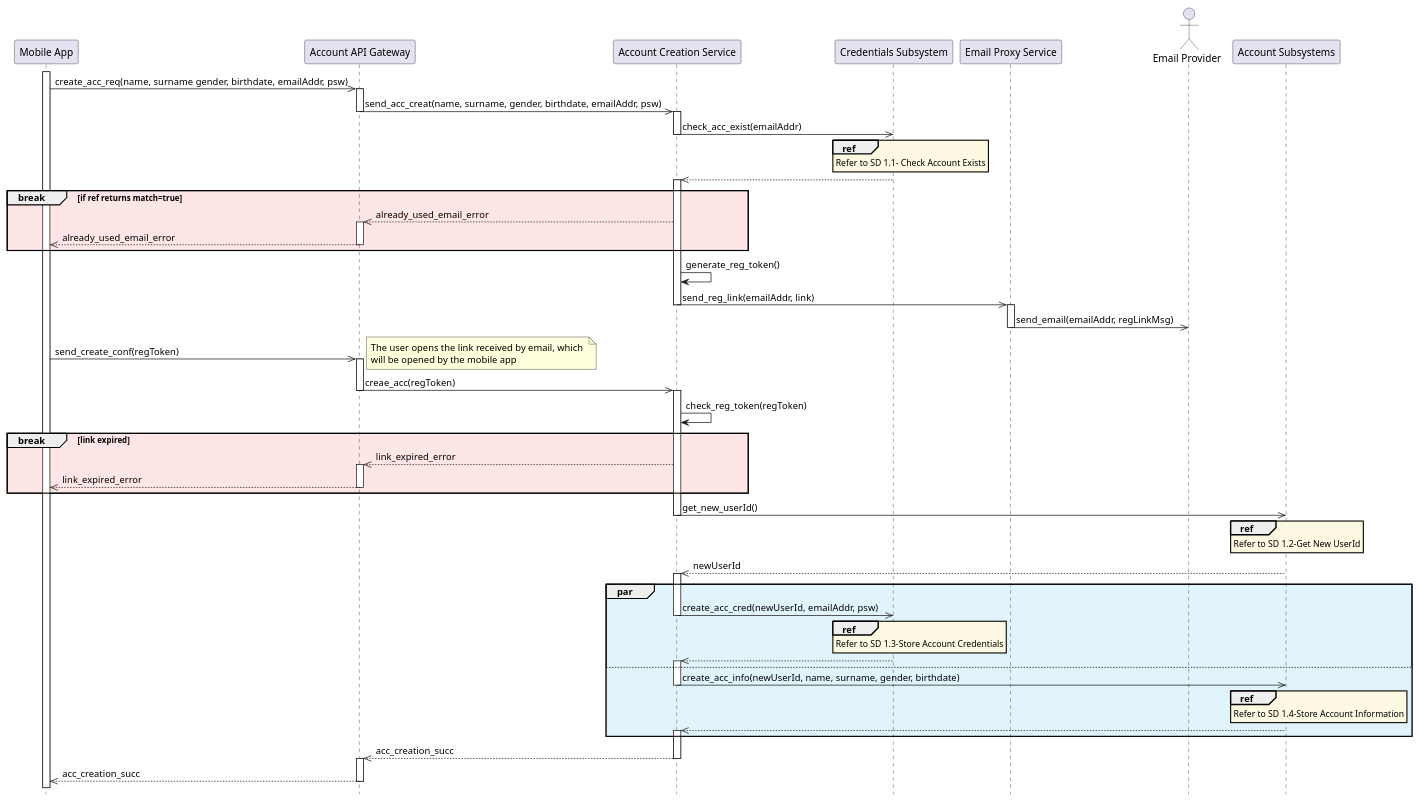
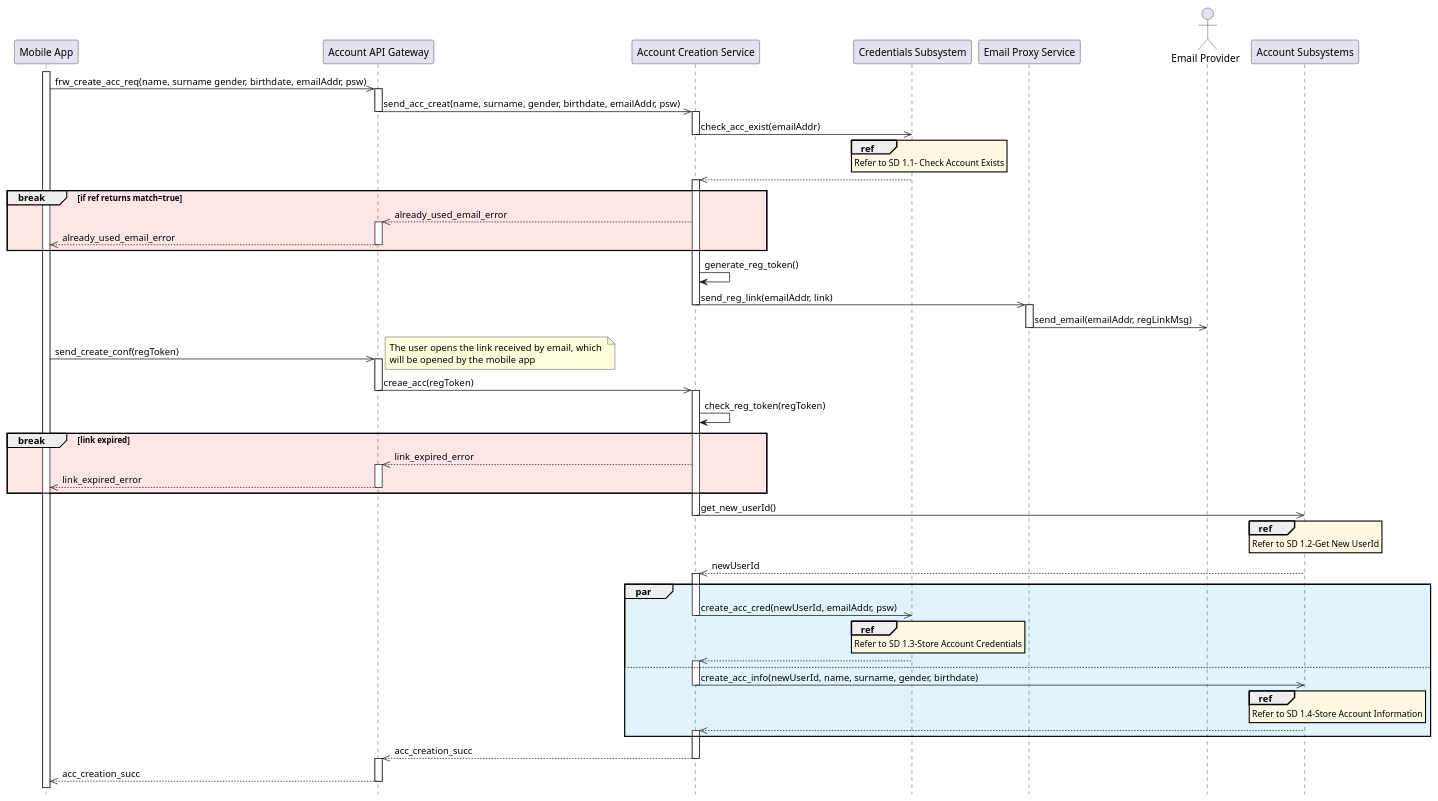
One commit to Guflie/PoliMi-SWE2-RDD-project changed the diagram in diagrams/DD/sequenceDiagram/sd1_account_creation.puml. Above: the diagram before and after it, drawn with PlantUML. The commit also changed 21 other files, not shown here.

```diff
--- a/diagrams/DD/sequenceDiagram/sd1_account_creation.puml
+++ b/diagrams/DD/sequenceDiagram/sd1_account_creation.puml
@@ -1,86 +1,86 @@
 @startuml sd1_account_creation
 ' Refers to UC1
 hide footbox
 
 skinparam sequence {
     ReferenceBackgroundColor #fcf8e1
 }
 
 participant "Mobile App" as app
 participant "Account API Gateway" as aapi
 participant "Account Creation Service" as acs
 participant "Credentials Subsystem" as css
 participant "Email Proxy Service" as emailp
 actor "Email Provider" as email
 participant "Account Subsystems" as ass
 
 activate app
 
-app ->> aapi : create_acc_req(name, surname gender, birthdate, emailAddr, psw)
+app ->> aapi : frw_create_acc_req(name, surname gender, birthdate, emailAddr, psw)
 activate aapi
 aapi ->> acs : send_acc_creat(name, surname, gender, birthdate, emailAddr, psw)
 deactivate aapi
 activate acs
 ' ---------------------------------------------------------------------------
 acs ->> css : check_acc_exist(emailAddr)
 deactivate acs
 ref over css : Refer to SD 1.1- Check Account Exists
 css -->> acs 
 activate acs
 break #ffe6e6 if ref returns match=true
     acs -->> aapi : already_used_email_error
     activate aapi
     aapi -->> app : already_used_email_error
     deactivate aapi
 end
 
 ' ---------------------------------------------------------------------------
 acs -> acs : generate_reg_token()
 acs ->> emailp : send_reg_link(emailAddr, link)
 deactivate acs
 activate emailp
 emailp ->> email : send_email(emailAddr, regLinkMsg)
 deactivate emailp
 
 app ->> aapi : send_create_conf(regToken)
 activate aapi
 note right 
     The user opens the link received by email, which 
     will be opened by the mobile app
 end note
 aapi ->> acs : creae_acc(regToken)
 deactivate aapi
 activate acs
 acs -> acs : check_reg_token(regToken)
 break #ffe6e6 link expired
     acs -->> aapi : link_expired_error
     activate aapi
     aapi -->> app : link_expired_error
     deactivate aapi
 end
 
 acs ->> ass : get_new_userId()
 deactivate acs
 ref over ass : Refer to SD 1.2-Get New UserId
 ass -->> acs : newUserId
 activate acs
 par #e1f4fc
     acs ->> css : create_acc_cred(newUserId, emailAddr, psw)
     deactivate acs
     ref over css : Refer to SD 1.3-Store Account Credentials
     css -->> acs
     activate acs
 else
     acs ->> ass : create_acc_info(newUserId, name, surname, gender, birthdate)
     deactivate acs
     ref over ass : Refer to SD 1.4-Store Account Information
     ass -->> acs
     activate acs
 end
 acs -->> aapi : acc_creation_succ
 deactivate acs
 activate aapi
 aapi -->> app : acc_creation_succ
 deactivate aapi
 
 @enduml
```
